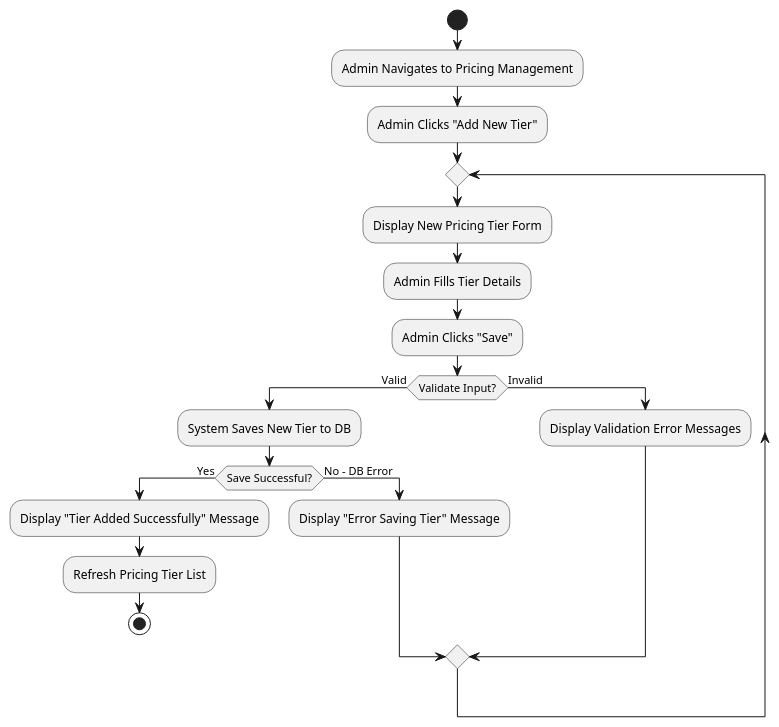
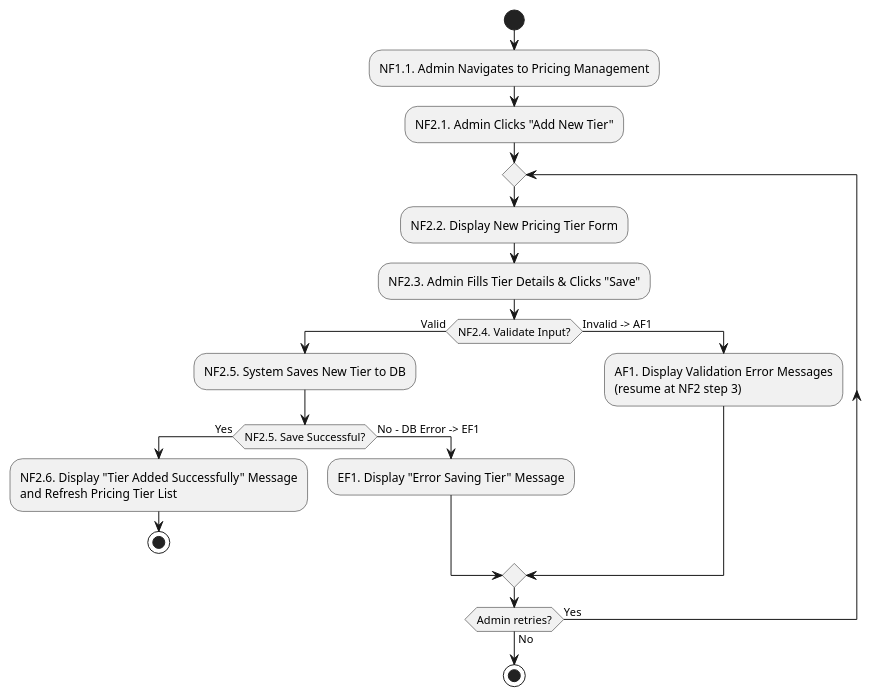
Diagram 17 of 36 in Academic version/appendix: SRS.md (7azmi/Al-Muneer-Portal), drawn with PlantUML before and after one commit. The commit also changed other lines of this file and 10 other files, not shown here.

````diff
--- a/Academic version/appendix: SRS.md
+++ b/Academic version/appendix: SRS.md
@@ -883,24 +954,25 @@
 ```plantuml
 @startuml
 start
-:Admin Navigates to Pricing Management;
-:Admin Clicks "Add New Tier";
+:NF1.1. Admin Navigates to Pricing Management;
+:NF2.1. Admin Clicks "Add New Tier";
 repeat
-  :Display New Pricing Tier Form;
-  :Admin Fills Tier Details;
-  :Admin Clicks "Save";
-  if (Validate Input?) then (Valid)
-    :System Saves New Tier to DB;
-    if (Save Successful?) then (Yes)
-      :Display "Tier Added Successfully" Message;
-      :Refresh Pricing Tier List;
+  :NF2.2. Display New Pricing Tier Form;
+  :NF2.3. Admin Fills Tier Details & Clicks "Save";
+  if (NF2.4. Validate Input?) then (Valid)
+    :NF2.5. System Saves New Tier to DB;
+    if (NF2.5. Save Successful?) then (Yes)
+      :NF2.6. Display "Tier Added Successfully" Message
+      and Refresh Pricing Tier List;
       stop
-    else (No - DB Error)
-      :Display "Error Saving Tier" Message;
+    else (No - DB Error -> EF1)
+      :EF1. Display "Error Saving Tier" Message;
     endif
-  else (Invalid)
-    :Display Validation Error Messages;
+  else (Invalid -> AF1)
+    :AF1. Display Validation Error Messages
+    (resume at NF2 step 3);
   endif
-repeat while
+repeat while (Admin retries?) is (Yes) not (No)
+stop
 @enduml
 ```
````
